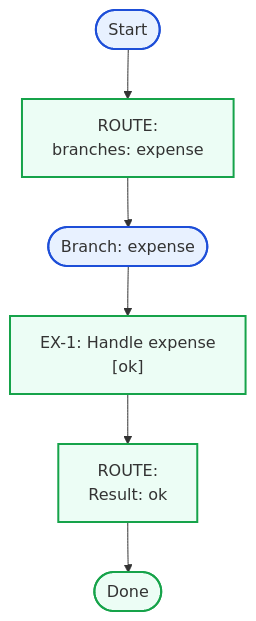
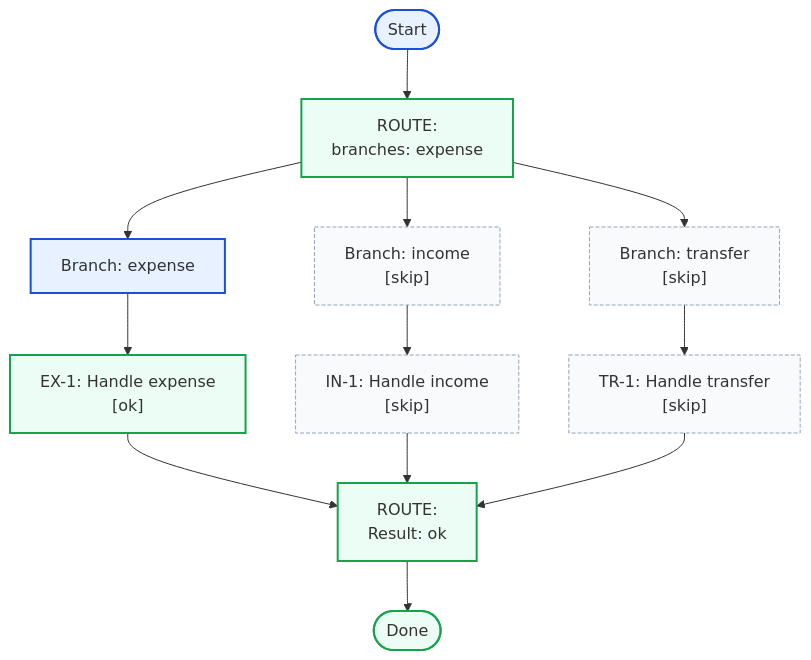
Before and after one commit to mikko-apo/structured-flow: the sixth of 8 diagrams in README.md, drawn with Mermaid. The commit also changed other lines of this file and 5 other files, not shown here.

Commit message:
branch() stores unselected branches in the result

````diff
--- a/README.md
+++ b/README.md
@@ -687,28 +727,46 @@
 ```mermaid
 flowchart TD
   start([Start])
   step_0["ROUTE:
 branches: expense"]
   branch_0_result["ROUTE:
 Result: ok"]
   class branch_0_result success
-  branch_0_0_start([Branch: expense])
+  branch_0_0_start["Branch: expense"]
   step_0 --> branch_0_0_start
   branch_0_0_step_0["EX-1: Handle expense
 [ok]"]
   branch_0_0_start --> branch_0_0_step_0
   branch_0_0_step_0 --> branch_0_result
   class branch_0_0_step_0 success
   class branch_0_0_start executed
+  branch_0_1_start["Branch: income
+[skip]"]
+  step_0 --> branch_0_1_start
+  branch_0_1_step_0["IN-1: Handle income
+[skip]"]
+  branch_0_1_start --> branch_0_1_step_0
+  branch_0_1_step_0 --> branch_0_result
+  class branch_0_1_step_0 neutral
+  class branch_0_1_start neutral
+  branch_0_2_start["Branch: transfer
+[skip]"]
+  step_0 --> branch_0_2_start
+  branch_0_2_step_0["TR-1: Handle transfer
+[skip]"]
+  branch_0_2_start --> branch_0_2_step_0
+  branch_0_2_step_0 --> branch_0_result
+  class branch_0_2_step_0 neutral
+  class branch_0_2_start neutral
   branch_0_result --> done
   done([Done])
   start --> step_0
   classDef executed fill:#e8f1ff,stroke:#1d4ed8,stroke-width:2px
   classDef success fill:#ecfdf5,stroke:#16a34a,stroke-width:2px
   classDef complete fill:#f0fdf4,stroke:#15803d,stroke-width:2px
   classDef failure fill:#fef2f2,stroke:#dc2626,stroke-width:2px
   classDef neutral fill:#f8fafc,stroke:#94a3b8,stroke-dasharray: 4 2
   class step_0 success
   class start executed
   class done success
 ```
````
